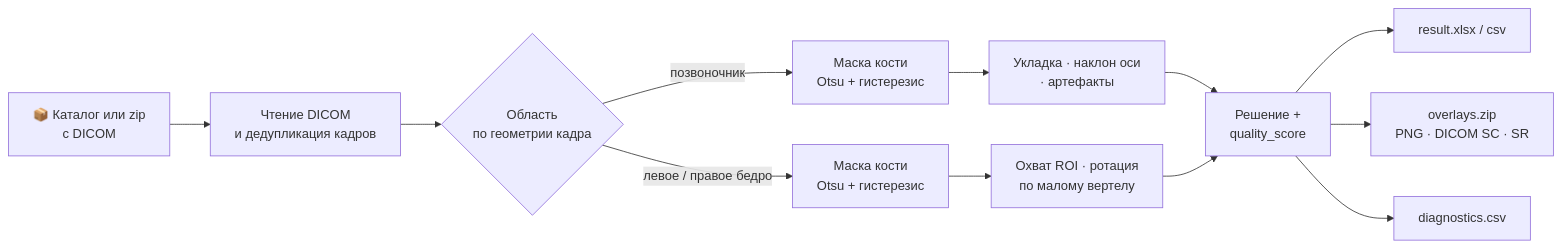
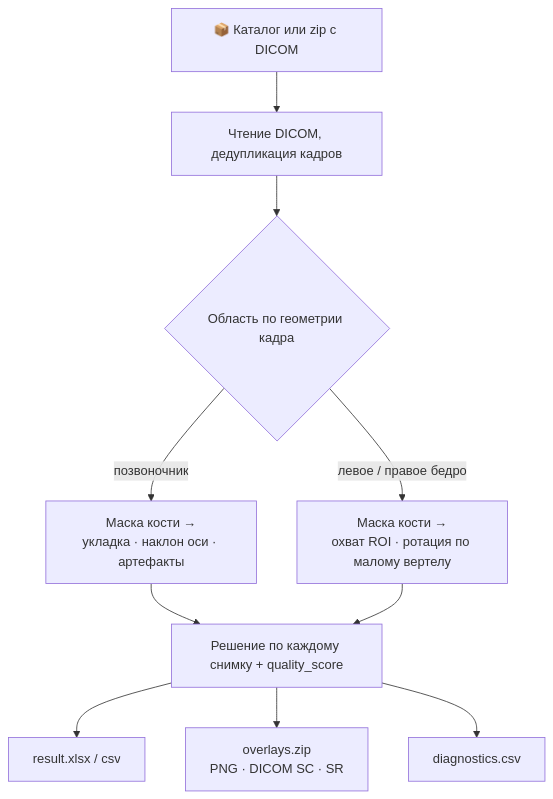
One commit to Fedosik-Nikonets/dxa-qc changed the diagram in README.md. Above: the diagram before and after it, drawn with Mermaid. The commit also changed other lines of this file, not shown here.

First line of the commit message:
README: вертикальная схема, компактные таблицы и блоки кода без прокрутки

````diff
--- a/README.md
+++ b/README.md
@@ -88,14 +88,12 @@
 ```mermaid
-flowchart LR
-    A["📦 Каталог или zip<br/>с DICOM"] --> B["Чтение DICOM<br/>и дедупликация кадров"]
-    B --> C{"Область<br/>по геометрии кадра"}
-    C -->|позвоночник| D["Маска кости<br/>Otsu + гистерезис"]
-    C -->|левое / правое бедро| E["Маска кости<br/>Otsu + гистерезис"]
-    D --> F["Укладка · наклон оси<br/>· артефакты"]
-    E --> G["Охват ROI · ротация<br/>по малому вертелу"]
-    F --> H["Решение +<br/>quality_score"]
-    G --> H
+flowchart TB
+    A["📦 Каталог или zip с DICOM"] --> B["Чтение DICOM, дедупликация кадров"]
+    B --> C{"Область по геометрии кадра"}
+    C -->|позвоночник| D["Маска кости →<br/>укладка · наклон оси · артефакты"]
+    C -->|левое / правое бедро| E["Маска кости →<br/>охват ROI · ротация по малому вертелу"]
+    D --> H["Решение по каждому снимку + quality_score"]
+    E --> H
     H --> I["result.xlsx / csv"]
     H --> J["overlays.zip<br/>PNG · DICOM SC · SR"]
     H --> K["diagnostics.csv"]
 ```
````
